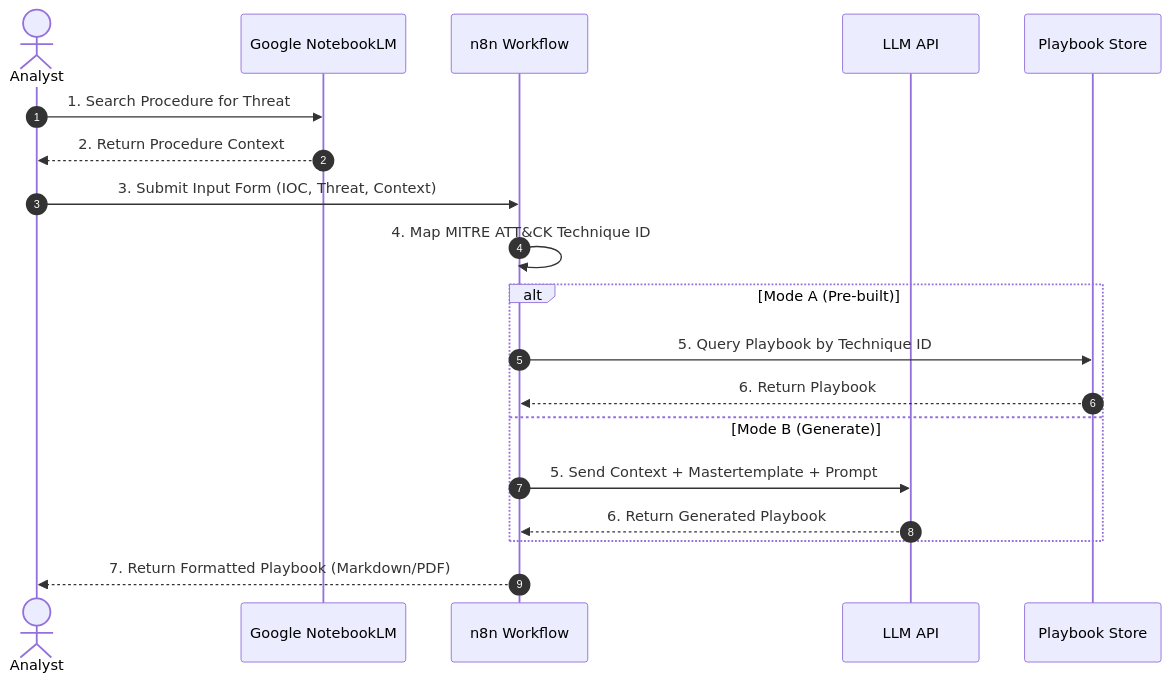
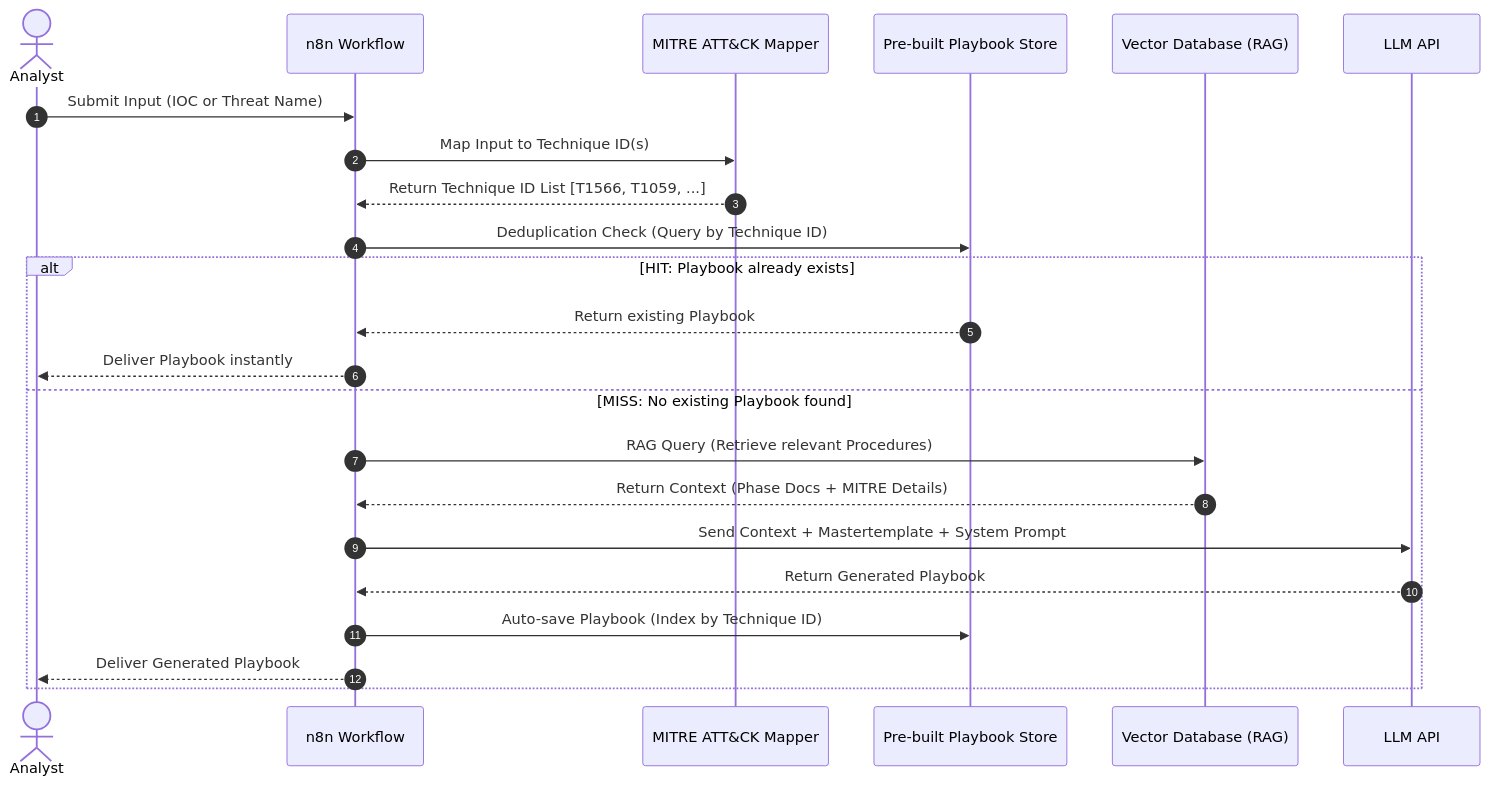
Before and after one commit to Chaithawatcer/omnissiah-playbook-workflow: the seventh of 8 diagrams in architecture.md, drawn with Mermaid. The commit also changed other lines of this file, not shown here.

Commit message:
Upgrade to Fully Automated Architecture with RAG, Vector DB, Deduplication, and Auto-save

````diff
--- a/architecture.md
+++ b/architecture.md
@@ -160,22 +195,27 @@
 ```mermaid
 sequenceDiagram
     autonumber
     actor Analyst
-    participant NB as Google NotebookLM
     participant n8n as n8n Workflow
+    participant MITRE as MITRE ATT&CK Mapper
+    participant Store as Pre-built Playbook Store
+    participant VDB as Vector Database (RAG)
     participant LLM as LLM API
-    participant Store as Playbook Store
 
-    Analyst->>NB: 1. Search Procedure for Threat
-    NB-->>Analyst: 2. Return Procedure Context
-    Analyst->>n8n: 3. Submit Input Form (IOC, Threat, Context)
-    n8n->>n8n: 4. Map MITRE ATT&CK Technique ID
-    alt Mode A (Pre-built)
-        n8n->>Store: 5. Query Playbook by Technique ID
-        Store-->>n8n: 6. Return Playbook
-    else Mode B (Generate)
-        n8n->>LLM: 5. Send Context + Mastertemplate + Prompt
-        LLM-->>n8n: 6. Return Generated Playbook
+    Analyst->>n8n: Submit Input (IOC or Threat Name)
+    n8n->>MITRE: Map Input to Technique ID(s)
+    MITRE-->>n8n: Return Technique ID List [T1566, T1059, ...]
+    n8n->>Store: Deduplication Check (Query by Technique ID)
+
+    alt HIT: Playbook already exists
+        Store-->>n8n: Return existing Playbook
+        n8n-->>Analyst: Deliver Playbook instantly
+    else MISS: No existing Playbook found
+        n8n->>VDB: RAG Query (Retrieve relevant Procedures)
+        VDB-->>n8n: Return Context (Phase Docs + MITRE Details)
+        n8n->>LLM: Send Context + Mastertemplate + System Prompt
+        LLM-->>n8n: Return Generated Playbook
+        n8n->>Store: Auto-save Playbook (Index by Technique ID)
+        n8n-->>Analyst: Deliver Generated Playbook
     end
-    n8n-->>Analyst: 7. Return Formatted Playbook (Markdown/PDF)
 ```
````
